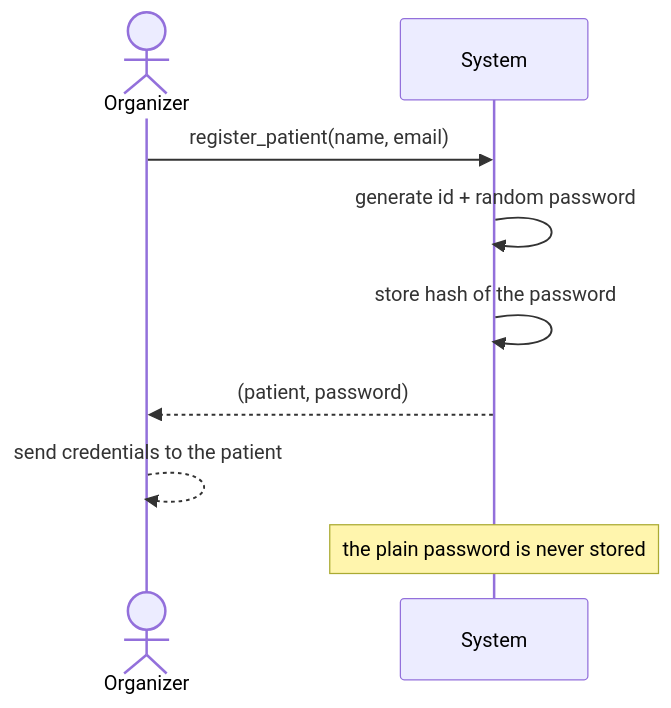
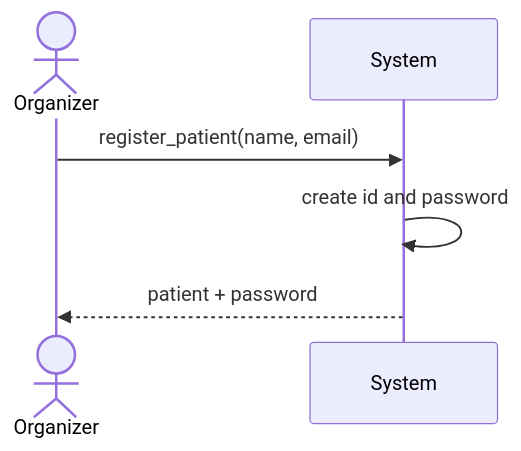
Before and after one commit to mathislepoutre1/oop-python-exercises: the fifth of 7 diagrams in 04-uml/hospital/README.md, drawn with Mermaid. The commit also changed other lines of this file and 8 other files, not shown here.

````diff
--- a/04-uml/hospital/README.md
+++ b/04-uml/hospital/README.md
@@ -227,11 +205,8 @@
 ```mermaid
 sequenceDiagram
     actor O as Organizer
     participant S as System
     O->>S: register_patient(name, email)
-    S->>S: generate id + random password
-    S->>S: store hash of the password
-    S-->>O: (patient, password)
-    O-->>O: send credentials to the patient
-    Note over S: the plain password is never stored
+    S->>S: create id and password
+    S-->>O: patient + password
 ```
````
